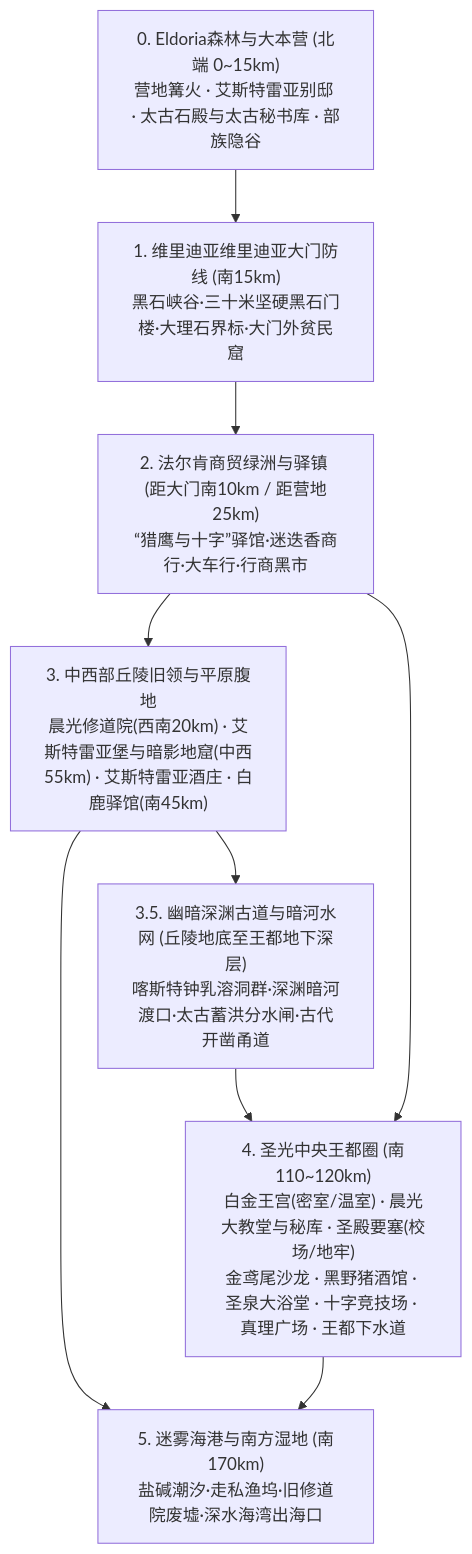
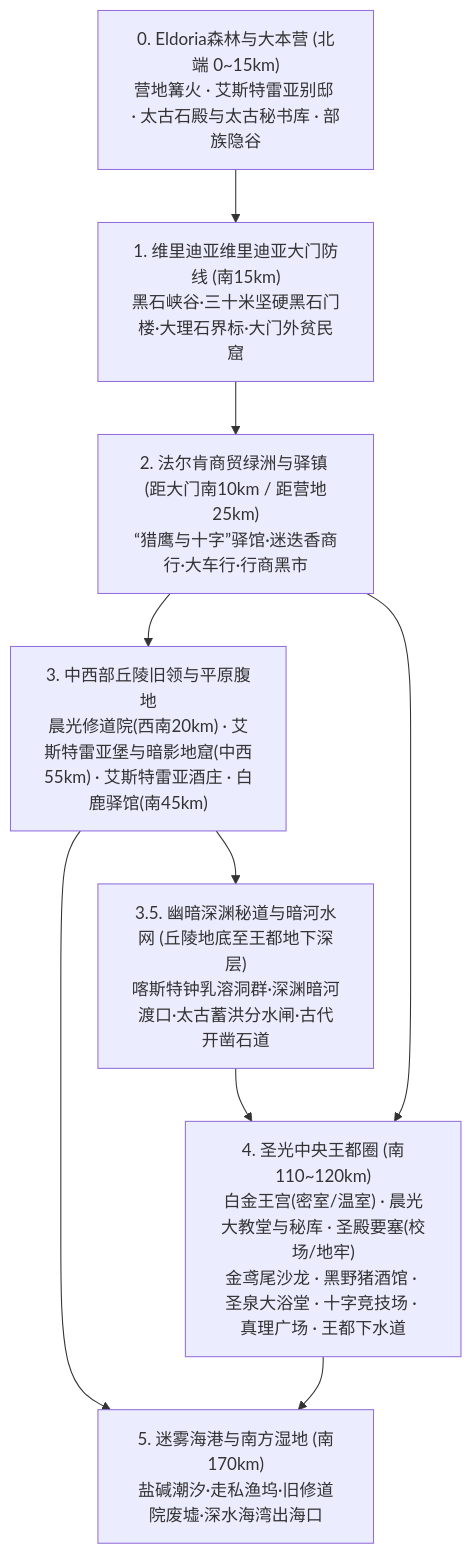
The diagram in 方案/第二部/主线与世界扩充方案/02_王国地理版图、封建社会阶层与货币经济基准.md (soranokiseki1437/eldoria-worldbook), drawn with Mermaid before and after one commit. The commit also changed other lines of this file and 190 other files, not shown here.

Commit message:
feat(story): establish timeline tagging kanban and complete batch 01 (371-380)

````diff
--- a/方案/第二部/主线与世界扩充方案/02_王国地理版图、封建社会阶层与货币经济基准.md
+++ b/方案/第二部/主线与世界扩充方案/02_王国地理版图、封建社会阶层与货币经济基准.md
@@ -12,11 +12,11 @@
 ```mermaid
 graph TD
     Camp["0. Eldoria森林与大本营 (北端 0~15km)<br/>营地篝火 · 艾斯特雷亚别邸 · 太古石殿与太古秘书库 · 部族隐谷"] --> Area1["1. 维里迪亚维里迪亚大门防线 (南15km)<br/>黑石峡谷·三十米坚硬黑石门楼·大理石界标·大门外贫民窟"]
     Area1 --> Area2["2. 法尔肯商贸绿洲与驿镇 (距大门南10km / 距营地25km)<br/>“猎鹰与十字”驿馆·迷迭香商行·大车行·行商黑市"]
     Area2 --> Area3["3. 中西部丘陵旧领与平原腹地<br/>晨光修道院(西南20km) · 艾斯特雷亚堡与暗影地窟(中西55km) · 艾斯特雷亚酒庄 · 白鹿驿馆(南45km)"]
-    Area3 --> AreaSub["3.5. 幽暗深渊古道与暗河水网 (丘陵地底至王都地下深层)<br/>喀斯特钟乳溶洞群·深渊暗河渡口·太古蓄洪分水闸·古代开凿甬道"]
+    Area3 --> AreaSub["3.5. 幽暗深渊秘道与暗河水网 (丘陵地底至王都地下深层)<br/>喀斯特钟乳溶洞群·深渊暗河渡口·太古蓄洪分水闸·古代开凿石道"]
     AreaSub --> Area4
     Area2 --> Area4["4. 圣光中央王都圈 (南110~120km)<br/>白金王宫(密室/温室) · 晨光大教堂与秘库 · 圣殿要塞(校场/地牢)<br/>金鸢尾沙龙 · 黑野猪酒馆 · 圣泉大浴堂 · 十字竞技场 · 真理广场 · 王都下水道"]
     Area3 --> Area5["5. 迷雾海港与南方湿地 (南170km)<br/>盐碱潮汐·走私渔坞·旧修道院废墟·深水海湾出海口"]
     Area4 --> Area5
 ```
````
